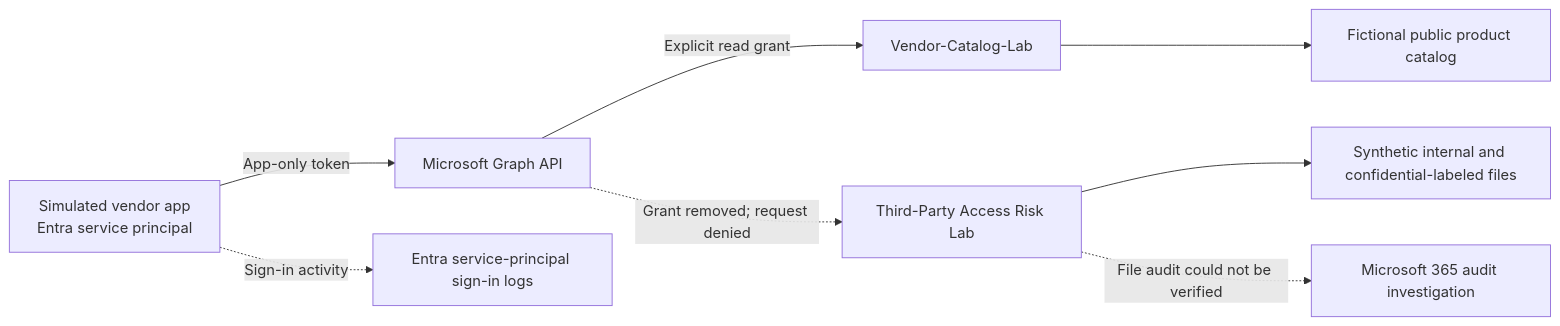
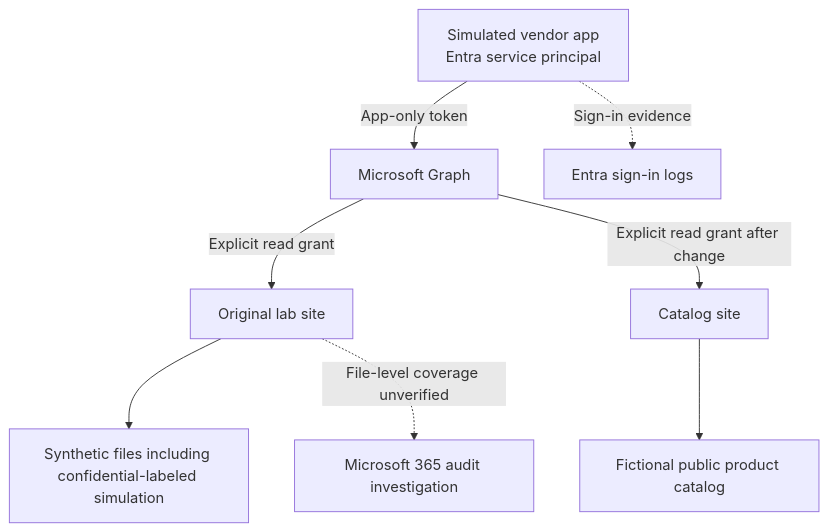
The first of 2 diagrams in README.md (mahimakulkarnii/third-party-access-risk-lab), drawn with Mermaid before and after one commit. The commit also changed other lines of this file, not shown here.

````diff
--- a/README.md
+++ b/README.md
@@ -46,10 +29,10 @@
-~~~mermaid
-flowchart LR
-    A["Simulated vendor app<br/>Entra service principal"] -->|"App-only token"| B["Microsoft Graph API"]
-    B -->|"Explicit read grant"| C["Vendor-Catalog-Lab"]
-    C --> D["Fictional public product catalog"]
-    B -.->|"Grant removed; request denied"| E["Third-Party Access Risk Lab"]
-    E --> F["Synthetic internal and confidential-labeled files"]
-    A -.->|"Sign-in activity"| G["Entra service-principal sign-in logs"]
-    E -.->|"File audit could not be verified"| H["Microsoft 365 audit investigation"]
-~~~
+```mermaid
+flowchart TB
+    A[Simulated vendor app\nEntra service principal] -->|App-only token| B[Microsoft Graph]
+    B -->|Explicit read grant| C[Original lab site]
+    B -->|Explicit read grant after change| D[Catalog site]
+    C --> E[Synthetic files including confidential-labeled simulation]
+    D --> F[Fictional public product catalog]
+    A -.->|Sign-in evidence| G[Entra sign-in logs]
+    C -.->|File-level coverage unverified| H[Microsoft 365 audit investigation]
+```
````
